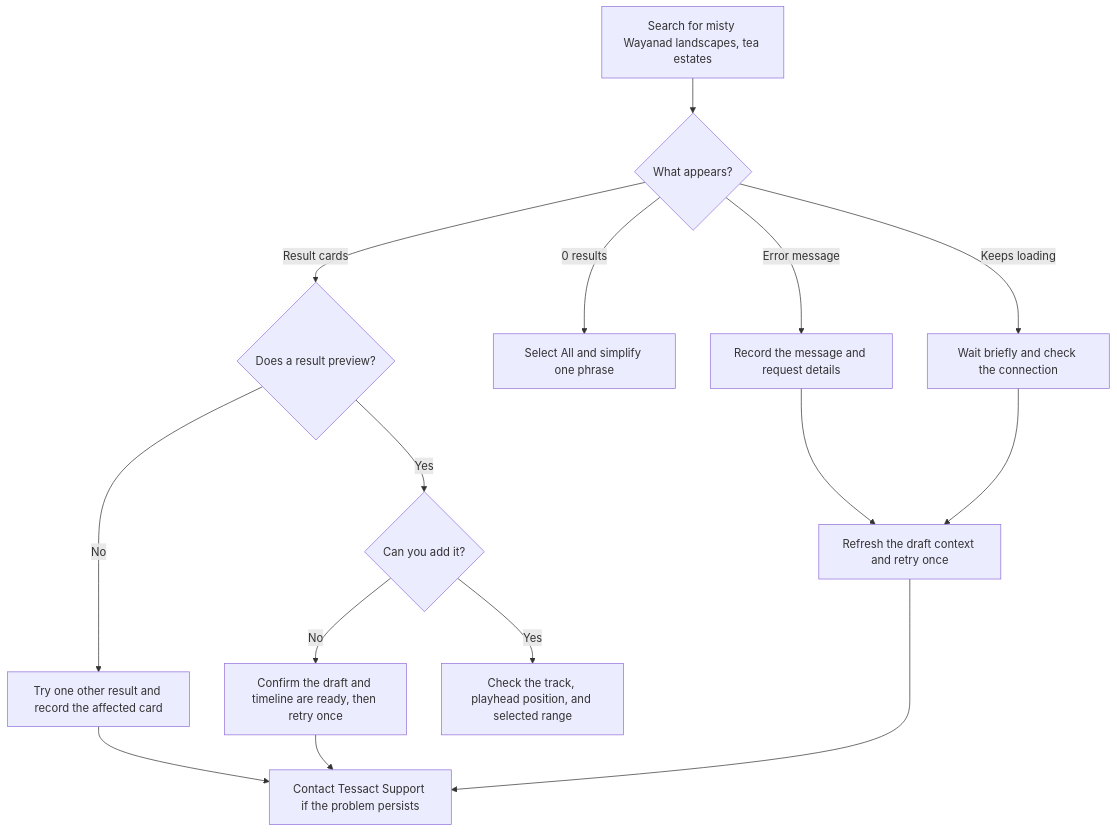
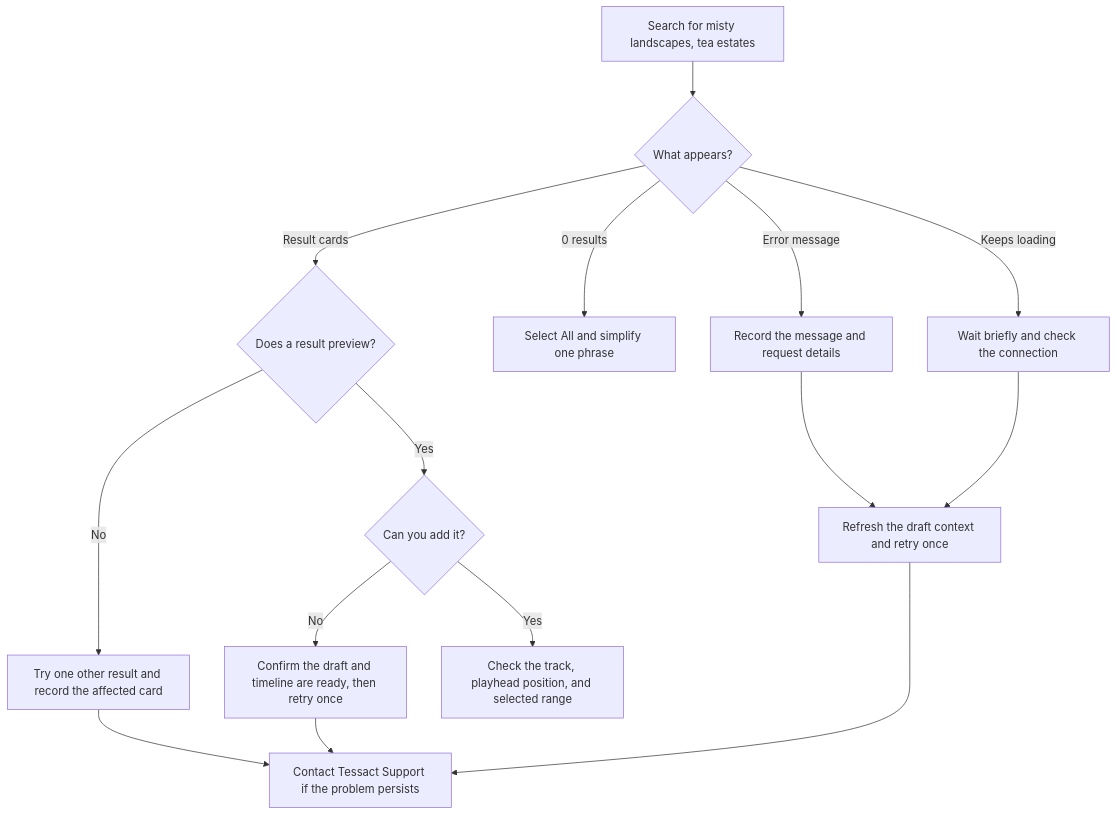
Before and after one commit to naveenshaji/tessact-docs: the diagram in editor/media/ai-search-diagnostics.mdx, drawn with Mermaid. The commit also changed other lines of this file and 30 other files, not shown here.

````diff
--- a/editor/media/ai-search-diagnostics.mdx
+++ b/editor/media/ai-search-diagnostics.mdx
@@ -28,17 +28,17 @@
 ```mermaid
 flowchart TD
-  Submit["Search for misty Wayanad landscapes, tea estates"] --> Outcome{"What appears?"}
+  Submit["Search for misty landscapes, tea estates"] --> Outcome{"What appears?"}
   Outcome -->|Error message| Error["Record the message and request details"]
   Outcome -->|0 results| Refine["Select All and simplify one phrase"]
   Outcome -->|Result cards| Preview{"Does a result preview?"}
   Outcome -->|Keeps loading| Wait["Wait briefly and check the connection"]
   Preview -->|No| Other["Try one other result and record the affected card"]
   Preview -->|Yes| Add{"Can you add it?"}
   Add -->|No| Ready["Confirm the draft and timeline are ready, then retry once"]
   Add -->|Yes| Verify["Check the track, playhead position, and selected range"]
   Error --> Retry["Refresh the draft context and retry once"]
   Wait --> Retry
   Other --> Support["Contact Tessact Support if the problem persists"]
   Ready --> Support
   Retry --> Support
 ```
````
